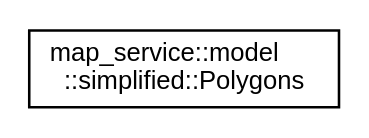
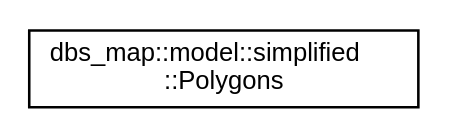
One commit to DSD-DBS/dbs-onboard-map-api changed the diagram in inherit_graph_14.dot. Above: the diagram before and after it, drawn with Graphviz. The commit also changed 219 other files, not shown here.

Commit message:
Deploying to gh-pages from @ DSD-DBS/dbs-onboard-map-api@ce03e47ca5b45ffc5294686cc3363d8af5fea311 🚀

```diff
--- a/inherit_graph_14.dot
+++ b/inherit_graph_14.dot
@@ -1,8 +1,8 @@
 digraph "Graphical Class Hierarchy"
 {
  // LATEX_PDF_SIZE
   edge [fontname="Helvetica",fontsize="10",labelfontname="Helvetica",labelfontsize="10"];
   node [fontname="Helvetica",fontsize="10",shape=record];
   rankdir="LR";
-  Node0 [label="map_service::model\l::simplified::Polygons",height=0.2,width=0.4,color="black", fillcolor="white", style="filled",URL="$structmap__service_1_1model_1_1simplified_1_1Polygons.html",tooltip="Data structure representing polygon geometry for a specific type of object."];
+  Node0 [label="dbs_map::model::simplified\l::Polygons",height=0.2,width=0.4,color="black", fillcolor="white", style="filled",URL="$structdbs__map_1_1model_1_1simplified_1_1Polygons.html",tooltip="Data structure representing polygon geometry for a specific type of object."];
 }
```
